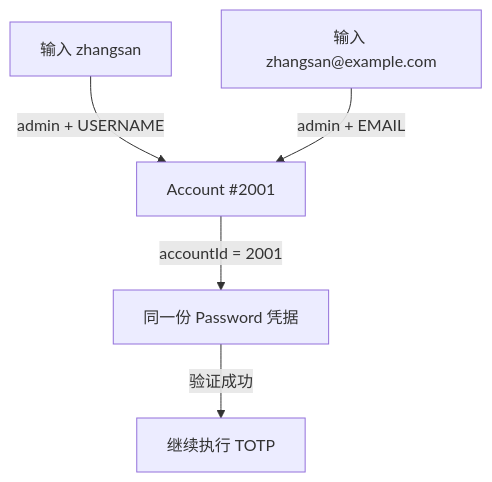
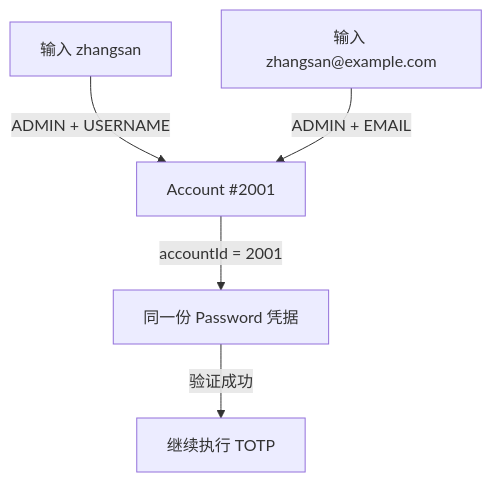
The third of 6 diagrams in docs/home/identity.md (SH-XiaoXiu/sca4d-j), drawn with Mermaid before and after one commit. The commit also changed other lines of this file and 70 other files, not shown here.

````diff
--- a/docs/home/identity.md
+++ b/docs/home/identity.md
@@ -201,7 +201,7 @@
 ```mermaid
 flowchart TB
-    Username["输入 zhangsan"] -->|"admin + USERNAME"| Account["Account #2001"]
-    Email["输入 zhangsan@example.com"] -->|"admin + EMAIL"| Account
+    Username["输入 zhangsan"] -->|"ADMIN + USERNAME"| Account["Account #2001"]
+    Email["输入 zhangsan@example.com"] -->|"ADMIN + EMAIL"| Account
     Account -->|"accountId = 2001"| Password["同一份 Password 凭据"]
     Password -->|"验证成功"| Next["继续执行 TOTP"]
 ```
````
